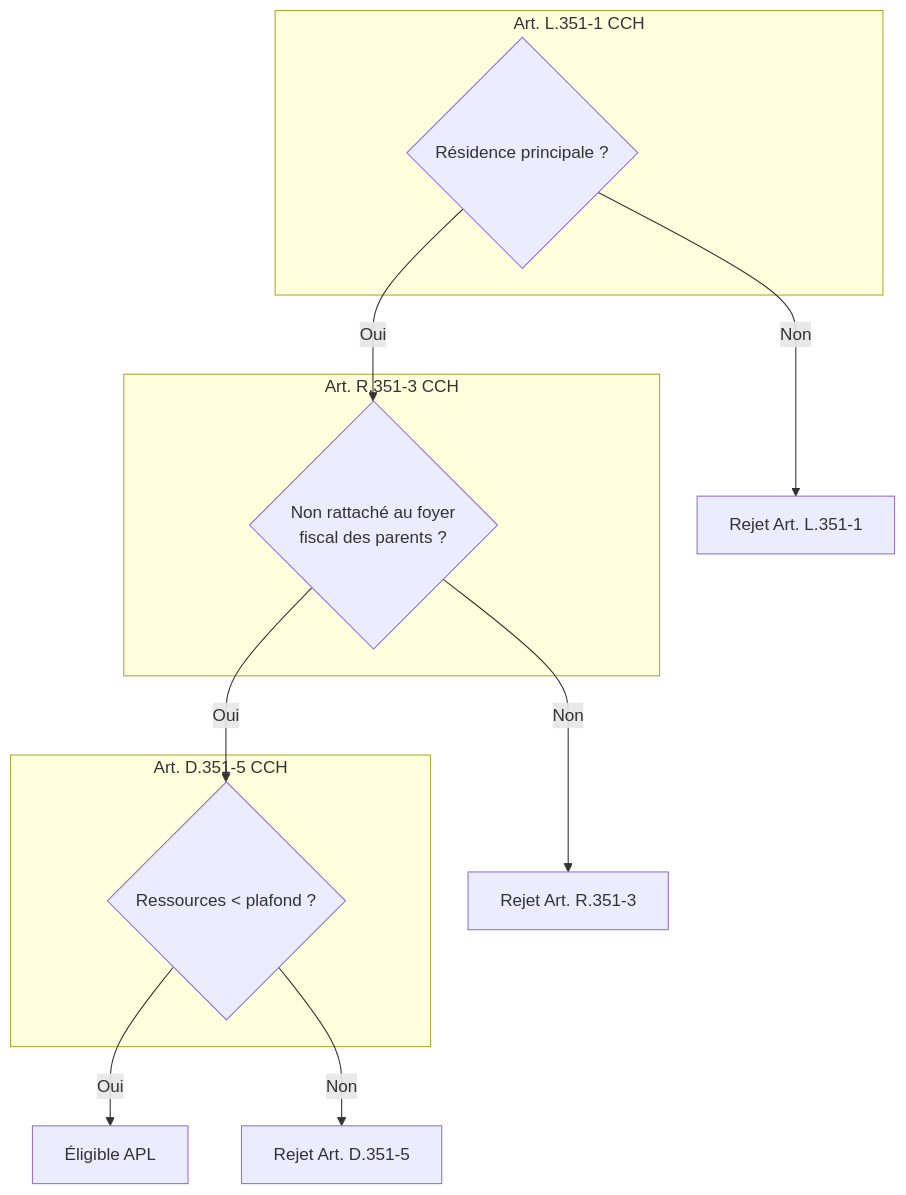
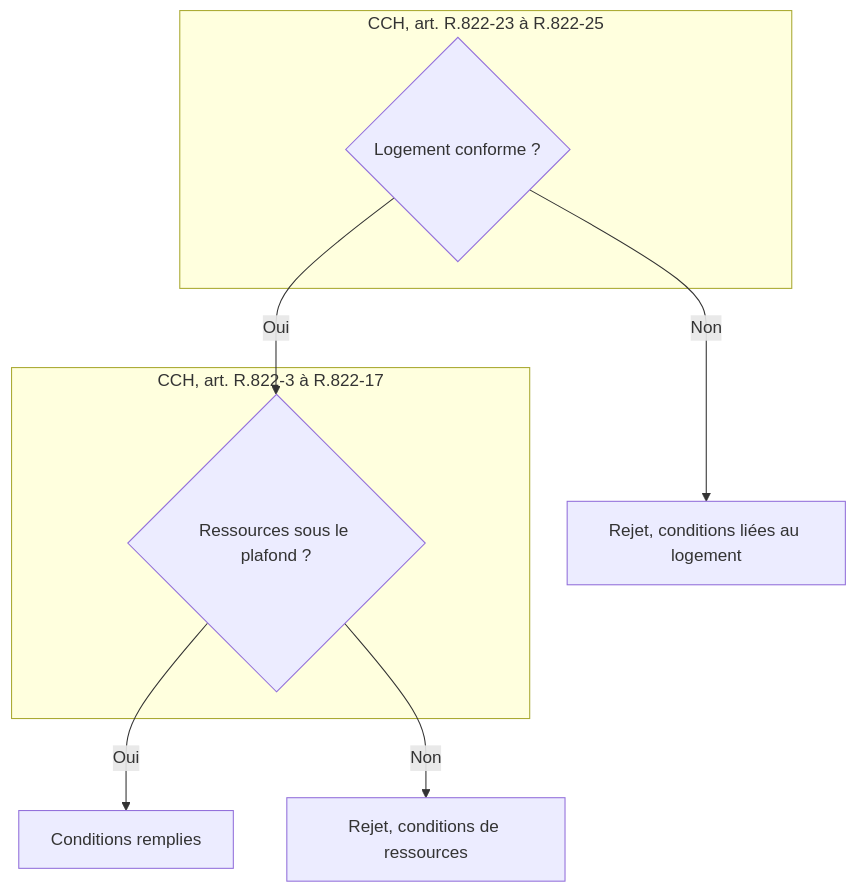
The first of 5 diagrams in docs/03_mutualiser/05_visuels.md (betagouv/aides-simplifiees-docs), drawn with Mermaid before and after one commit. The commit also changed other lines of this file and 10 other files, not shown here.

````diff
--- a/docs/03_mutualiser/05_visuels.md
+++ b/docs/03_mutualiser/05_visuels.md
@@ -13,21 +13,15 @@
 ```mermaid
 flowchart TD
-    subgraph "Art. L.351-1 CCH"
-        A1{Résidence principale ?}
+    subgraph "CCH, art. R.822-23 à R.822-25"
+        A1{Logement conforme ?}
     end
     
-    subgraph "Art. R.351-3 CCH"
-        A2{Non rattaché au foyer<br/>fiscal des parents ?}
-    end
-    
-    subgraph "Art. D.351-5 CCH"
-        A3{Ressources < plafond ?}
+    subgraph "CCH, art. R.822-3 à R.822-17"
+        A2{Ressources sous le plafond ?}
     end
     
     A1 -->|Oui| A2
-    A1 -->|Non| X1[Rejet Art. L.351-1]
-    A2 -->|Oui| A3
-    A2 -->|Non| X2[Rejet Art. R.351-3]
-    A3 -->|Oui| OK[Éligible APL]
-    A3 -->|Non| X3[Rejet Art. D.351-5]
+    A1 -->|Non| X1[Rejet, conditions liées au logement]
+    A2 -->|Oui| OK[Conditions remplies]
+    A2 -->|Non| X2[Rejet, conditions de ressources]
 ```
````
